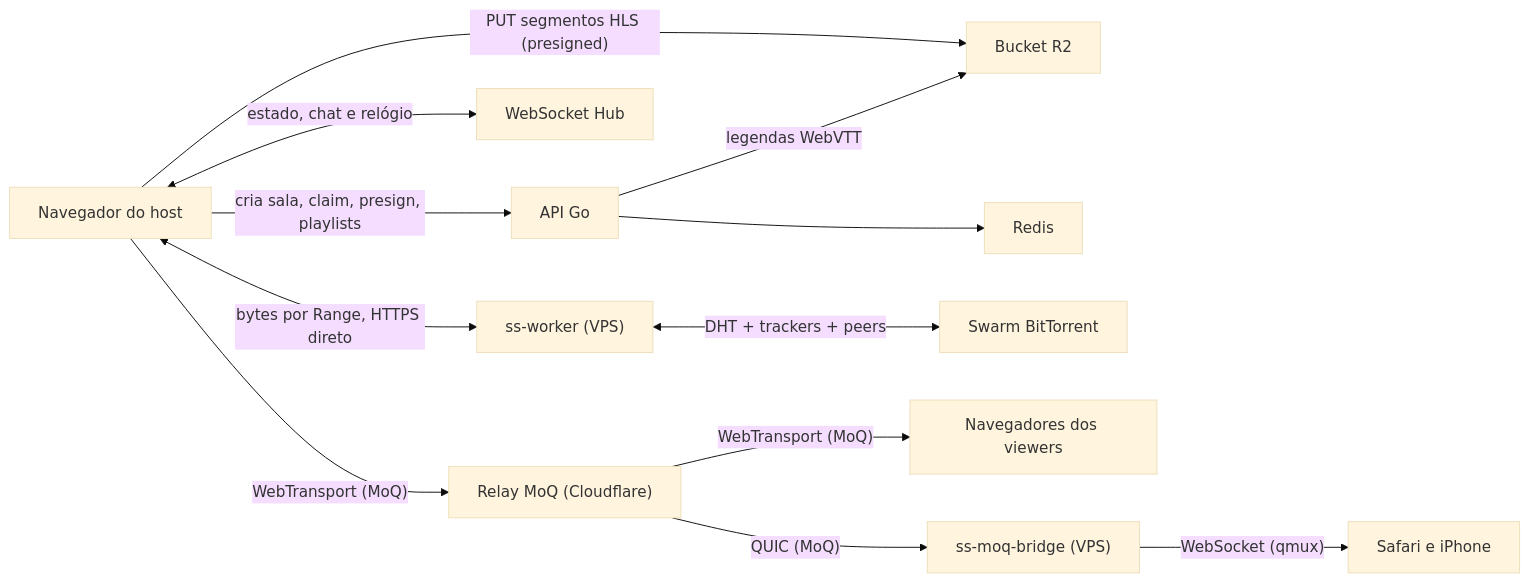
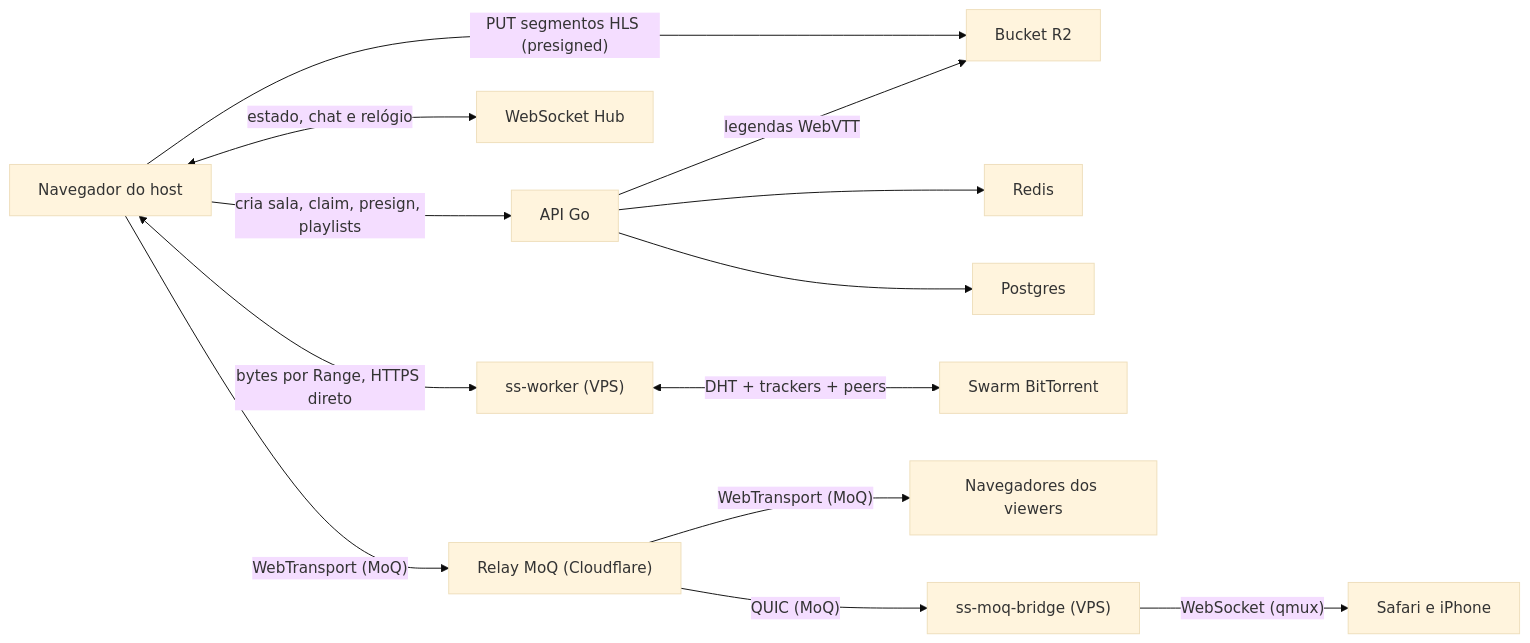
Before and after one commit to giulianoo0/juntos.lol: the diagram in README.md, drawn with Mermaid (base theme). The commit also changed other lines of this file, not shown here.

Commit message:
docs: Postgres no README (compose, testes e variáveis)

````diff
--- a/README.md
+++ b/README.md
@@ -28,14 +28,15 @@
 ```mermaid
 flowchart LR
     B["Navegador do host"] -->|"cria sala, claim, presign, playlists"| A["API Go"]
     B -->|"PUT segmentos HLS (presigned)"| O["Bucket R2"]
     B <-->|"estado, chat e relógio"| W["WebSocket Hub"]
     A --> R["Redis"]
+    A --> G["Postgres"]
     A -->|"legendas WebVTT"| O
     B <-->|"bytes por Range, HTTPS direto"| T["ss-worker (VPS)"]
     T <-->|"DHT + trackers + peers"| P["Swarm BitTorrent"]
     B -->|"WebTransport (MoQ)"| L["Relay MoQ (Cloudflare)"]
     L -->|"WebTransport (MoQ)"| V["Navegadores dos viewers"]
     L -->|"QUIC (MoQ)"| X["ss-moq-bridge (VPS)"]
     X -->|"WebSocket (qmux)"| S["Safari e iPhone"]
 ```
````
